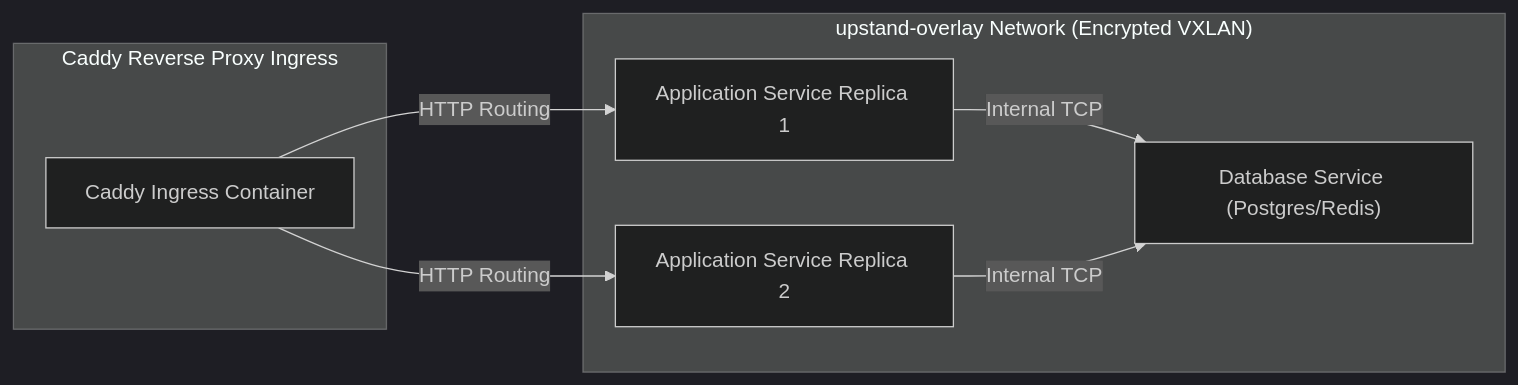
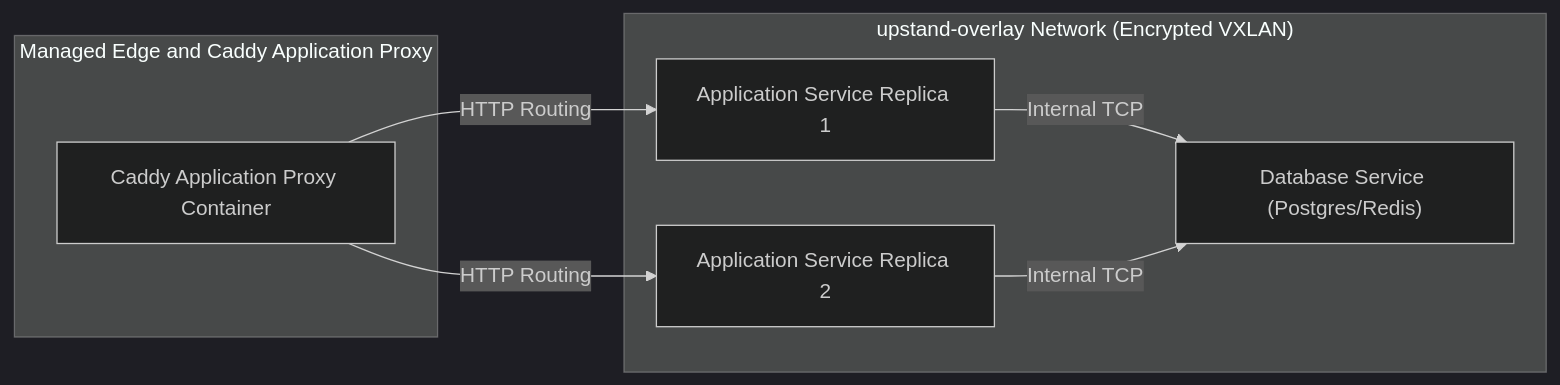
The second of 2 diagrams in apps/fumadocs/content/docs/features/servers.mdx (UpstandPlatform/upstand), drawn with Mermaid (dark theme) before and after one commit. The commit also changed 543 other files, not shown here.

````diff
--- a/apps/fumadocs/content/docs/features/servers.mdx
+++ b/apps/fumadocs/content/docs/features/servers.mdx
@@ -41,17 +41,17 @@
 ```mermaid
 graph LR
-    subgraph Ingress["Caddy Reverse Proxy Ingress"]
-        CaddyProxy["Caddy Ingress Container"]
+    subgraph Ingress["Managed Edge and Caddy Application Proxy"]
+        CaddyProxy["Caddy Application Proxy Container"]
     end
 
     subgraph OverlayNet["upstand-overlay Network (Encrypted VXLAN)"]
         AppSvc1["Application Service Replica 1"]
         AppSvc2["Application Service Replica 2"]
         DbSvc["Database Service (Postgres/Redis)"]
     end
 
     CaddyProxy -->|HTTP Routing| AppSvc1
     CaddyProxy -->|HTTP Routing| AppSvc2
     AppSvc1 -->|Internal TCP| DbSvc
     AppSvc2 -->|Internal TCP| DbSvc
 ```
````
